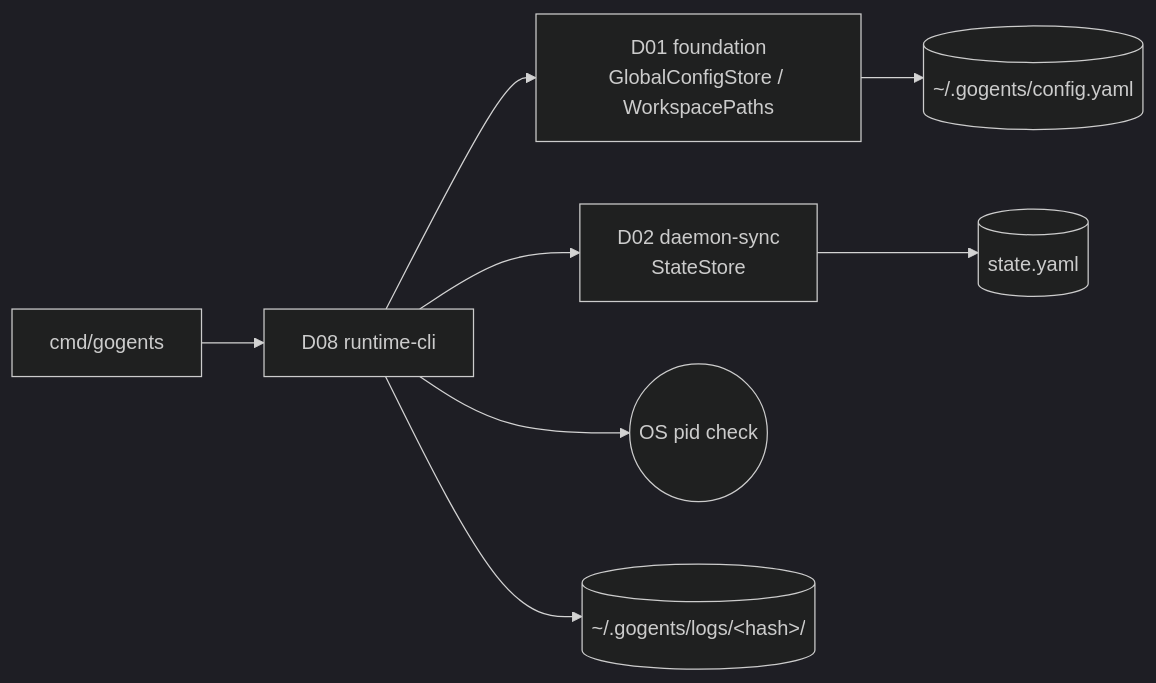
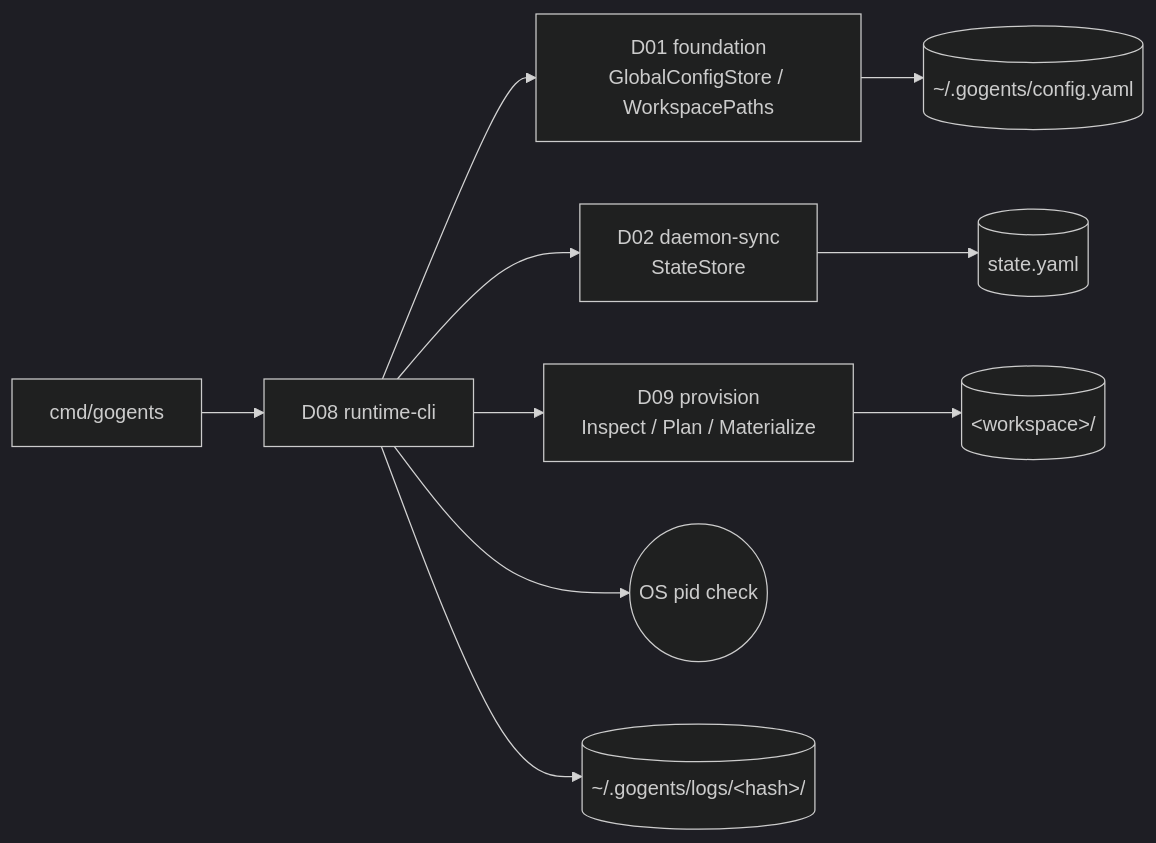
One commit to dccoding1118/gogents changed the diagram in docs/designs/D08-runtime-cli.md. Above: the diagram before and after it, drawn with Mermaid. The commit also changed other lines of this file and 24 other files, not shown here.

````diff
--- a/docs/designs/D08-runtime-cli.md
+++ b/docs/designs/D08-runtime-cli.md
@@ -21,20 +22,24 @@
 ```mermaid
 %%{init: {'theme':'dark'}}%%
 graph LR
     CLI[cmd/gogents]
     D08[D08 runtime-cli]
     D01[D01 foundation<br/>GlobalConfigStore / WorkspacePaths]
     D02[D02 daemon-sync<br/>StateStore]
+    D09[D09 provision<br/>Inspect / Plan / Materialize]
     OS((OS pid check))
     CFG[(~/.gogents/config.yaml)]
     ST[(state.yaml)]
     LOG[(~/.gogents/logs/&lt;hash&gt;/)]
+    WS[(&lt;workspace&gt;/)]
 
     CLI --> D08
     D08 --> D01
     D08 --> D02
+    D08 --> D09
     D08 --> OS
     D01 --> CFG
     D02 --> ST
     D08 --> LOG
+    D09 --> WS
 ```
````
